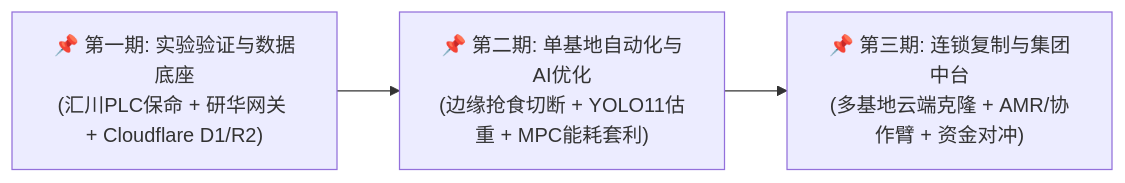
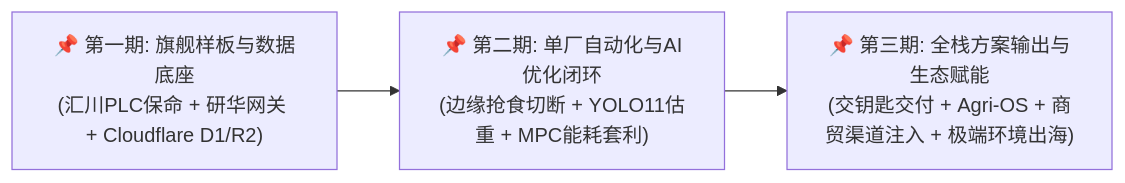
One commit to digitalboy/aquaponics changed the second of 2 diagrams in docs/01_introduction_and_glossary/02_项目背景与技术团队分工.md. Above: the diagram before and after it, drawn with Mermaid. The commit also changed other lines of this file and 1 other file, not shown here.

Commit message:
Please provide the code changes or file summaries so I can generate the commit message for you.

````diff
--- a/docs/01_introduction_and_glossary/02_项目背景与技术团队分工.md
+++ b/docs/01_introduction_and_glossary/02_项目背景与技术团队分工.md
@@ -36,6 +36,6 @@
 ```mermaid
 flowchart LR
-    Phase1["📌 第一期: 实验验证与数据底座<br>(汇川PLC保命 + 研华网关 + Cloudflare D1/R2)"] 
-    --> Phase2["📌 第二期: 单基地自动化与AI优化<br>(边缘抢食切断 + YOLO11估重 + MPC能耗套利)"] 
-    --> Phase3["📌 第三期: 连锁复制与集团中台<br>(多基地云端克隆 + AMR/协作臂 + 资金对冲)"]
+    Phase1["📌 第一期: 旗舰样板与数据底座<br>(汇川PLC保命 + 研华网关 + Cloudflare D1/R2)"] 
+    --> Phase2["📌 第二期: 单厂自动化与AI优化闭环<br>(边缘抢食切断 + YOLO11估重 + MPC能耗套利)"] 
+    --> Phase3["📌 第三期: 全栈方案输出与生态赋能<br>(交钥匙交付 + Agri-OS + 商贸渠道注入 + 极端环境出海)"]
 ```
````
